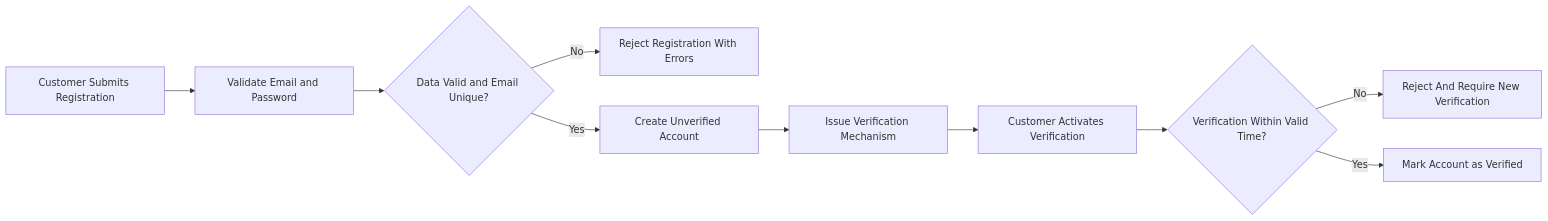
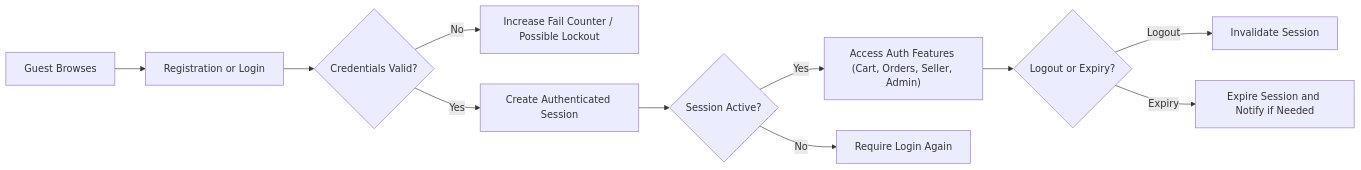
The diagram in openai/gpt-5.1/shopping/docs/analysis/04-authentication-and-session-requirements.md (wrtnlabs/autobe-examples), drawn with Mermaid before and after one commit. The commit also changed other lines of this file and 8017 other files, not shown here.

````diff
--- a/openai/gpt-5.1/shopping/docs/analysis/04-authentication-and-session-requirements.md
+++ b/openai/gpt-5.1/shopping/docs/analysis/04-authentication-and-session-requirements.md
@@ -257,12 +276,13 @@
 ```mermaid
 graph LR
-  A["Customer Submits Registration"] --> B["Validate Email and Password"]
-  B --> C{"Data Valid and Email Unique?"}
-  C -->|"No"| D["Reject Registration With Errors"]
-  C -->|"Yes"| E["Create Unverified Account"]
-  E --> F["Issue Verification Mechanism"]
-  F --> G["Customer Activates Verification"]
-  G --> H{"Verification Within Valid Time?"}
-  H -->|"No"| I["Reject And Require New Verification"]
-  H -->|"Yes"| J["Mark Account as Verified"]
+  A["Guest Browses"] --> B["Registration or Login"]
+  B --> C{"Credentials Valid?"}
+  C -->|"No"| D["Increase Fail Counter / Possible Lockout"]
+  C -->|"Yes"| E["Create Authenticated Session"]
+  E --> F{"Session Active?"}
+  F -->|"Yes"| G["Access Auth Features (Cart, Orders, Seller, Admin)"]
+  F -->|"No"| H["Require Login Again"]
+  G --> I{"Logout or Expiry?"}
+  I -->|"Logout"| J["Invalidate Session"]
+  I -->|"Expiry"| K["Expire Session and Notify if Needed"]
 ```
````
